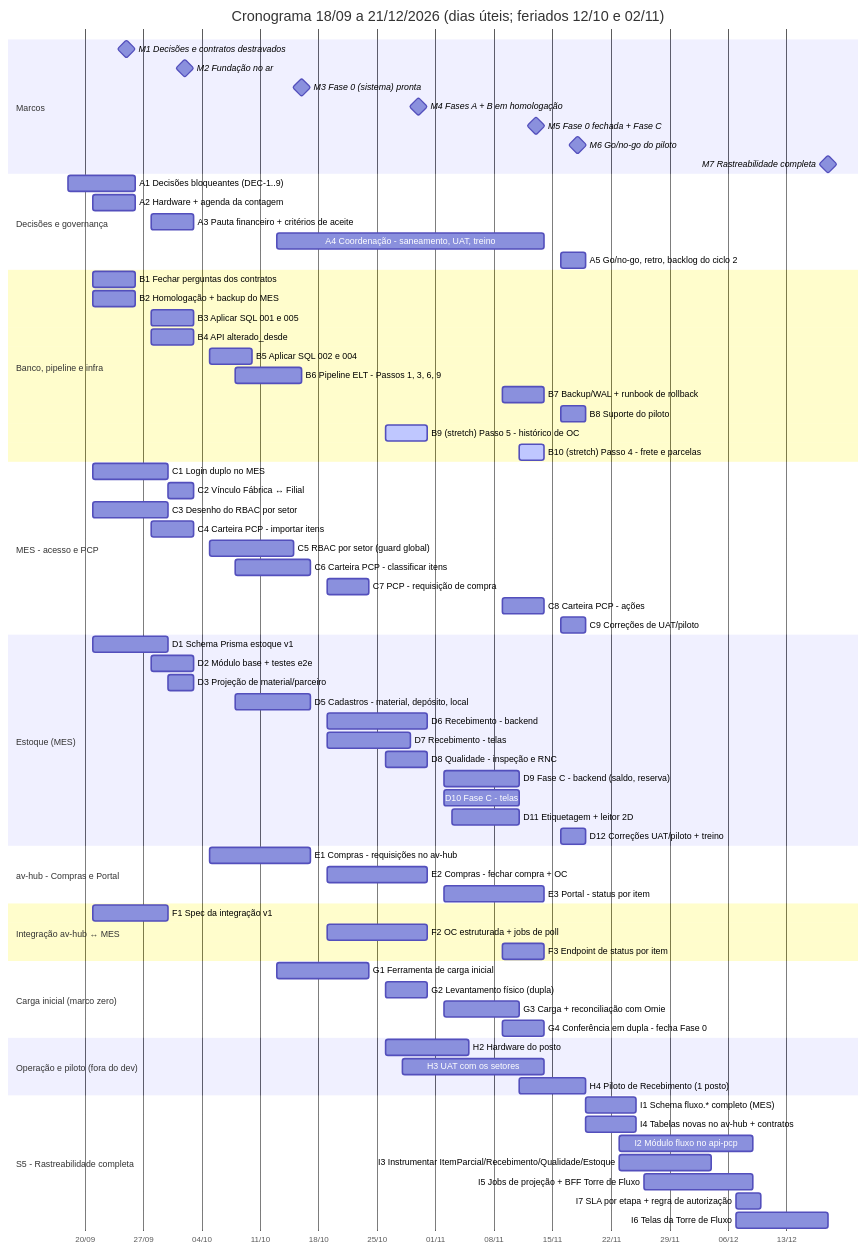
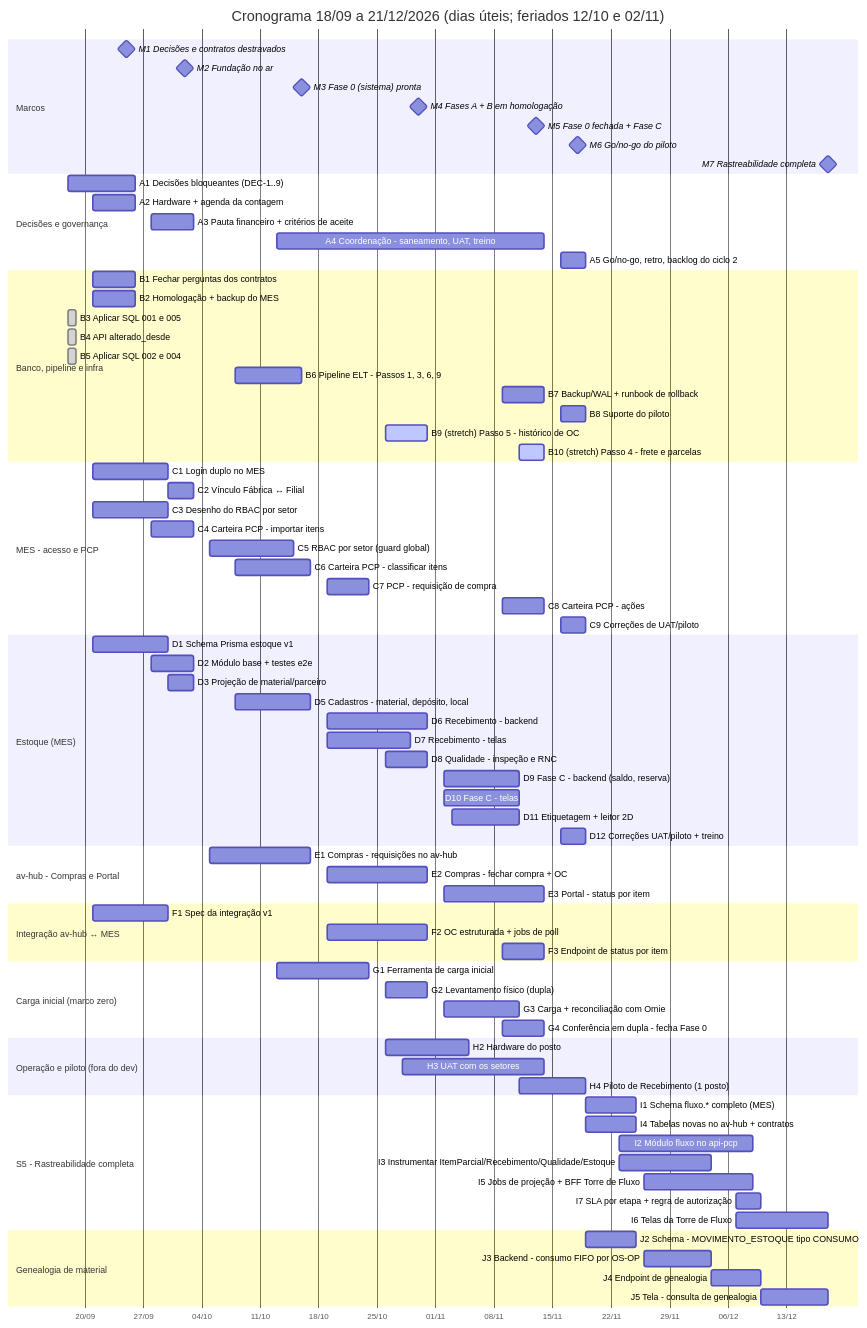
One commit to Acosvital/vault-avhub-mer changed the diagram in 07-Cronograma/Cronograma-2-Meses.md. Above: the diagram before and after it, drawn with Mermaid. The commit also changed other lines of this file, not shown here.

First line of the commit message:
Marca B3/B4/B5 como ja aplicados em producao e corrige inconsistencia do Gantt (bloco J)

````diff
--- a/07-Cronograma/Cronograma-2-Meses.md
+++ b/07-Cronograma/Cronograma-2-Meses.md
@@ -250,9 +250,9 @@
     section Banco, pipeline e infra
     B1 Fechar perguntas dos contratos :b1, 2026-09-21, 2026-09-26
     B2 Homologação + backup do MES :b2, 2026-09-21, 2026-09-26
-    B3 Aplicar SQL 001 e 005 :b3, 2026-09-28, 2026-10-03
-    B4 API alterado_desde :b4, 2026-09-28, 2026-10-03
-    B5 Aplicar SQL 002 e 004 :b5, 2026-10-05, 2026-10-10
+    B3 Aplicar SQL 001 e 005 :done, b3, 2026-09-18, 2026-09-19
+    B4 API alterado_desde :done, b4, 2026-09-18, 2026-09-19
+    B5 Aplicar SQL 002 e 004 :done, b5, 2026-09-18, 2026-09-19
     B6 Pipeline ELT - Passos 1, 3, 6, 9 :b6, 2026-10-08, 2026-10-16
     B7 Backup/WAL + runbook de rollback :b7, 2026-11-09, 2026-11-14
     B8 Suporte do piloto :b8, 2026-11-16, 2026-11-19
@@ -305,4 +305,9 @@
     I5 Jobs de projeção + BFF Torre de Fluxo :i5, 2026-11-26, 2026-12-09
     I7 SLA por etapa + regra de autorização :i7, 2026-12-07, 2026-12-10
     I6 Telas da Torre de Fluxo :i6, 2026-12-07, 2026-12-18
+    section Genealogia de material
+    J2 Schema - MOVIMENTO_ESTOQUE tipo CONSUMO :j2, 2026-11-19, 2026-11-25
+    J3 Backend - consumo FIFO por OS-OP :j3, 2026-11-26, 2026-12-04
+    J4 Endpoint de genealogia :j4, 2026-12-04, 2026-12-10
+    J5 Tela - consulta de genealogia :j5, 2026-12-10, 2026-12-18
 ```
````
